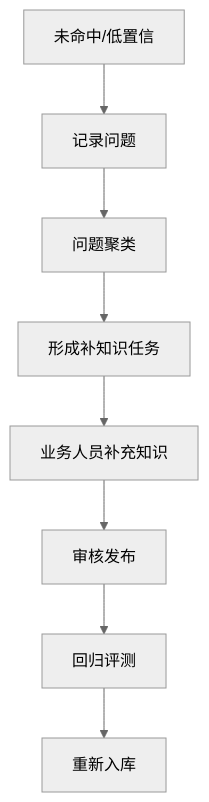
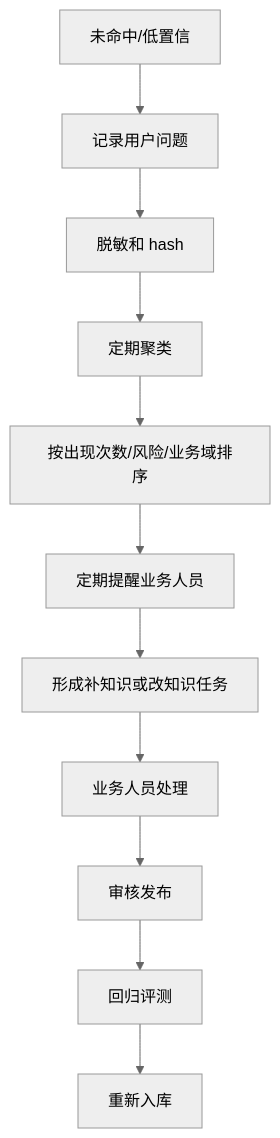
Before and after one commit to YYHRICH/dalizai-knowledge-rag-service: diagram 35 of 41 in docs/rag_service_design_report_v1.0.md, drawn with Mermaid (neutral theme). The commit also changed other lines of this file, not shown here.

Commit message:
Add knowledge gap reminder design

````diff
--- a/docs/rag_service_design_report_v1.0.md
+++ b/docs/rag_service_design_report_v1.0.md
@@ -1190,10 +1192,13 @@
 ```mermaid
 flowchart TB
-    Miss[未命中/低置信] --> Log[记录问题]
-    Log --> Cluster[问题聚类]
-    Cluster --> Task[形成补知识任务]
-    Task --> Biz[业务人员补充知识]
+    Miss[未命中/低置信] --> Log[记录用户问题]
+    Log --> Mask[脱敏和 hash]
+    Mask --> Cluster[定期聚类]
+    Cluster --> Rank[按出现次数/风险/业务域排序]
+    Rank --> Reminder[定期提醒业务人员]
+    Reminder --> Task[形成补知识或改知识任务]
+    Task --> Biz[业务人员处理]
     Biz --> Review[审核发布]
     Review --> Eval[回归评测]
     Eval --> Online[重新入库]
 ```
````
